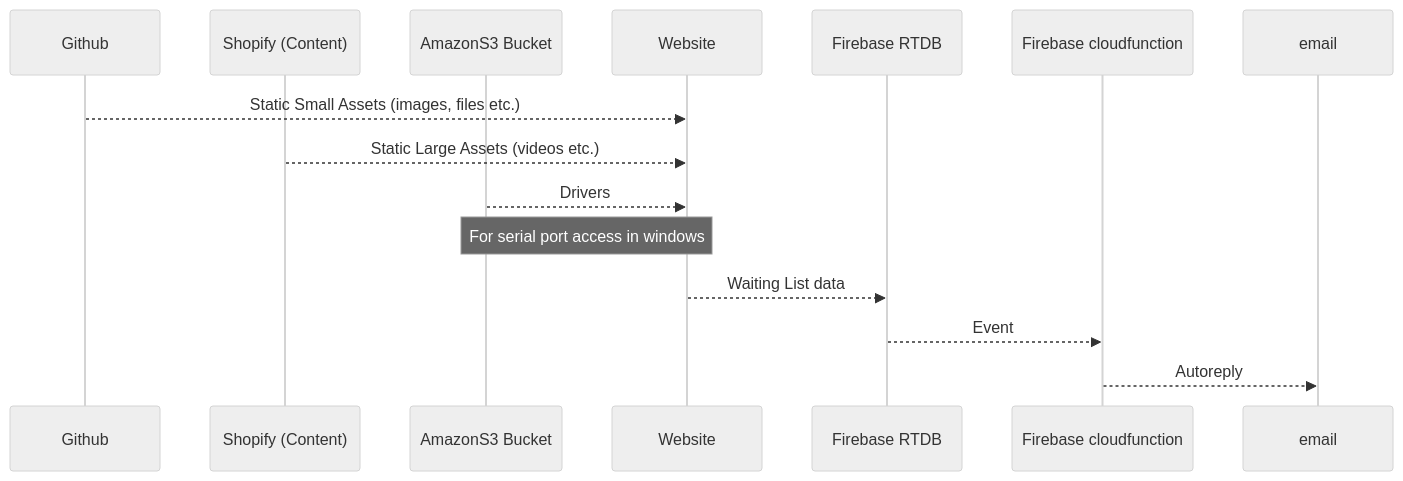
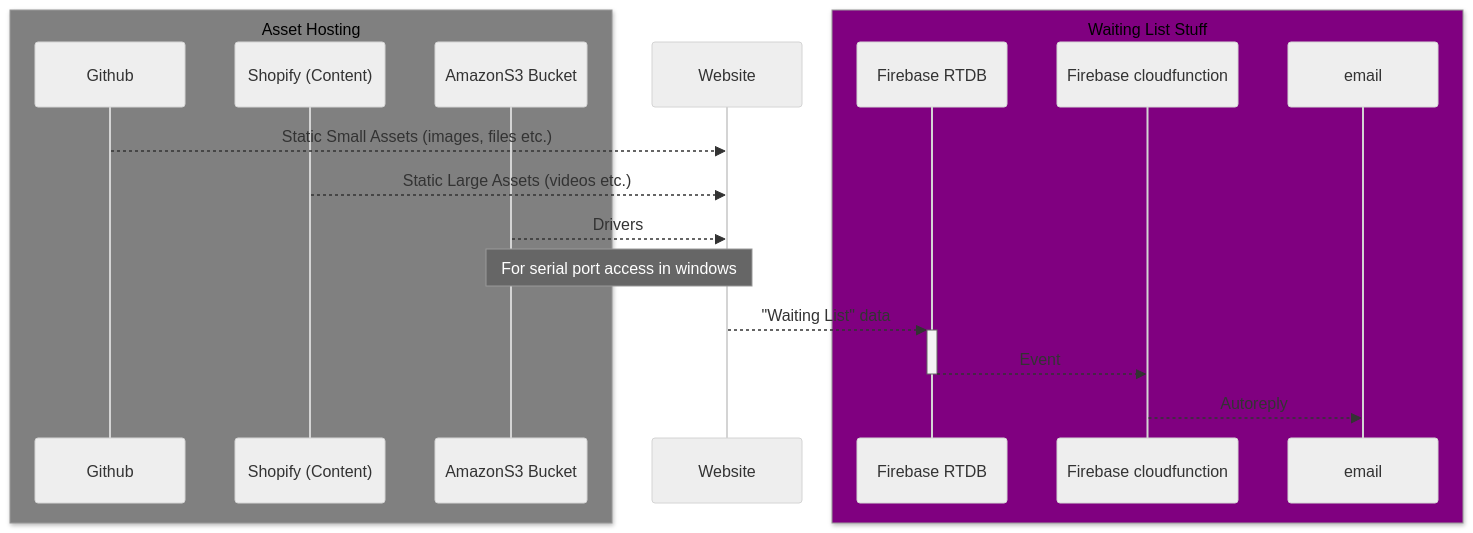
One commit to devATdbsutdio/dattabaumstudio.com changed the diagram in README.md. Above: the diagram before and after it, drawn with Mermaid (neutral theme).

````diff
--- a/README.md
+++ b/README.md
@@ -34,18 +34,22 @@
 ```mermaid
 sequenceDiagram
+      box Gray Asset Hosting 
       Participant Github
       Participant Shopify (Content)
       Participant AmazonS3 Bucket
+      end
       participant Website
+      box Purple Waiting List Stuff 
       participant Firebase RTDB
       participant Firebase cloudfunction
       Participant email
+      end
       
       Github-->>Website: Static Small Assets (images, files etc.)
       Shopify (Content)-->>Website: Static Large Assets (videos etc.)
       AmazonS3 Bucket-->>Website: Drivers
       Note over AmazonS3 Bucket,Website : For serial port access in windows
-      Website-->>Firebase RTDB: Waiting List data
-      Firebase RTDB-->>Firebase cloudfunction: Event
+      Website-->>+Firebase RTDB: "Waiting List" data
+      Firebase RTDB-->>-Firebase cloudfunction: Event
       Firebase cloudfunction-->>email: Autoreply
 ```
````
